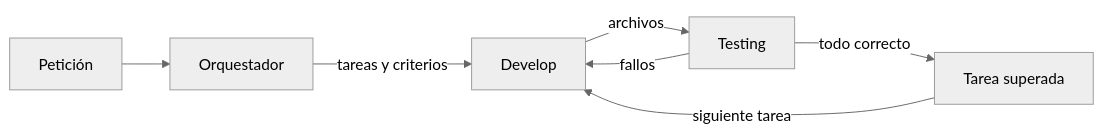
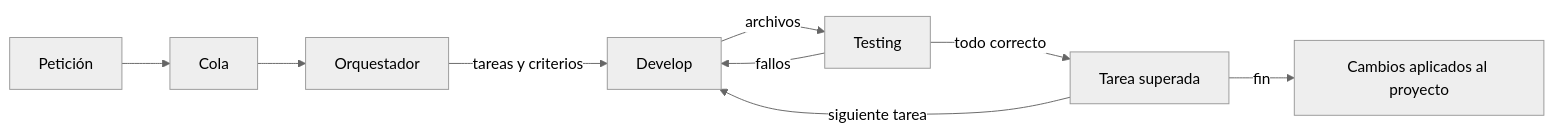
Before and after one commit to srdgz/agent-trio: the diagram in README.md, drawn with Mermaid (neutral theme). The commit also changed other lines of this file and 61 other files, not shown here.

````diff
--- a/README.md
+++ b/README.md
@@ -7,9 +14,11 @@
 ```mermaid
 flowchart LR
-  P[Petición] --> O[Orquestador]
+  P[Petición] --> Q[Cola]
+  Q --> O[Orquestador]
   O -->|tareas y criterios| D[Develop]
   D -->|archivos| T[Testing]
   T -->|fallos| D
   T -->|todo correcto| F[Tarea superada]
   F -->|siguiente tarea| D
+  F -->|fin| A[Cambios aplicados al proyecto]
 ```
````
